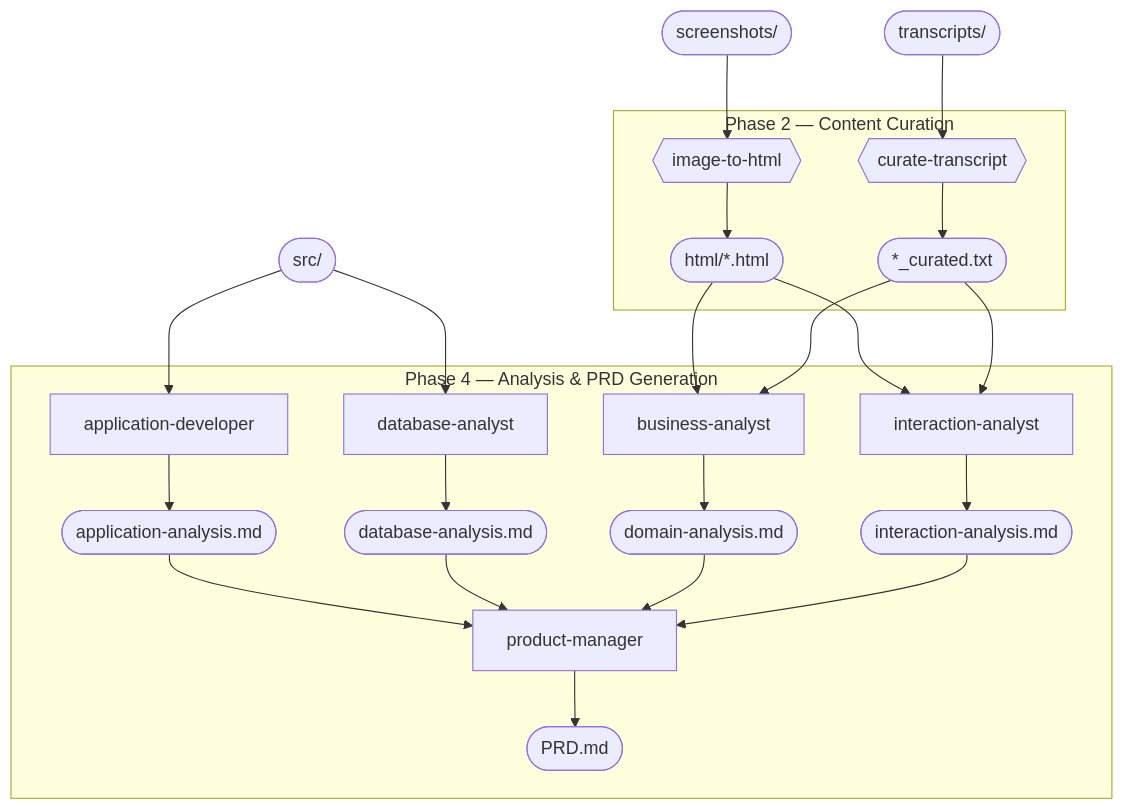
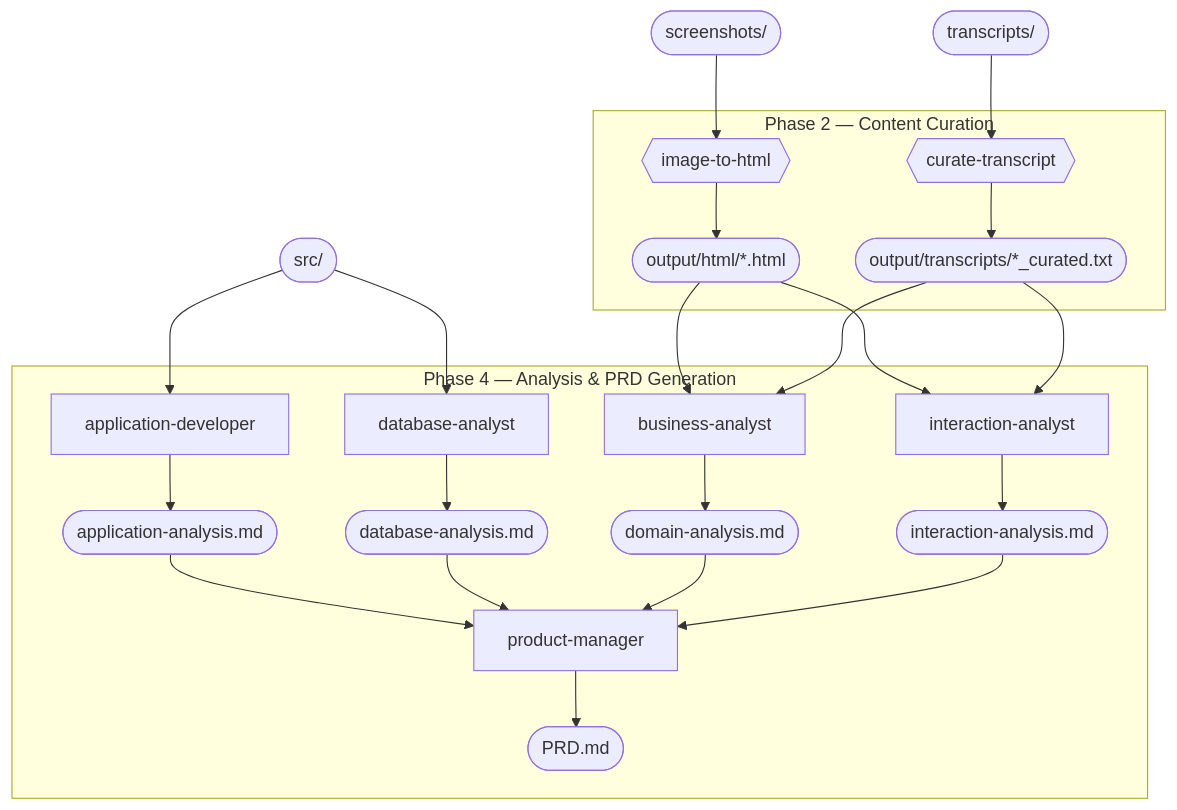
Before and after one commit to DEFRA/defra-ai-modernisation-playbook: the diagram in pages/reverse-engineering/process/README.md, drawn with Mermaid.

Commit message:
docs(process-overview): update Mermaid diagram labels to output/html/ and output/transcripts/

````diff
--- a/pages/reverse-engineering/process/README.md
+++ b/pages/reverse-engineering/process/README.md
@@ -10,38 +10,38 @@
 ```mermaid
 flowchart TB
     screenshots(["screenshots/"])
     transcripts(["transcripts/"])
     src(["src/"])
 
     subgraph curation ["Phase 2 — Content Curation"]
         i2h{{image-to-html}}
         ct{{curate-transcript}}
-        html(["html/*.html"])
-        curated(["*_curated.txt"])
+        html(["output/html/*.html"])
+        curated(["output/transcripts/*_curated.txt"])
 
         i2h --> html
         ct --> curated
     end
 
     screenshots --> i2h
     transcripts --> ct
 
     subgraph analysis ["Phase 4 — Analysis & PRD Generation"]
         appdev[application-developer]
         dbanalyst[database-analyst]
         ba[business-analyst]
         ia[interaction-analyst]
         PM[product-manager]
 
         appdev --> application(["application-analysis.md"])
         dbanalyst --> database(["database-analysis.md"])
         ba --> domain(["domain-analysis.md"])
         ia --> interaction(["interaction-analysis.md"])
 
         application & database & domain & interaction --> PM
         PM --> PRD(["PRD.md"])
     end
 
     src --> appdev & dbanalyst
     html & curated --> ba & ia
 ```
````
